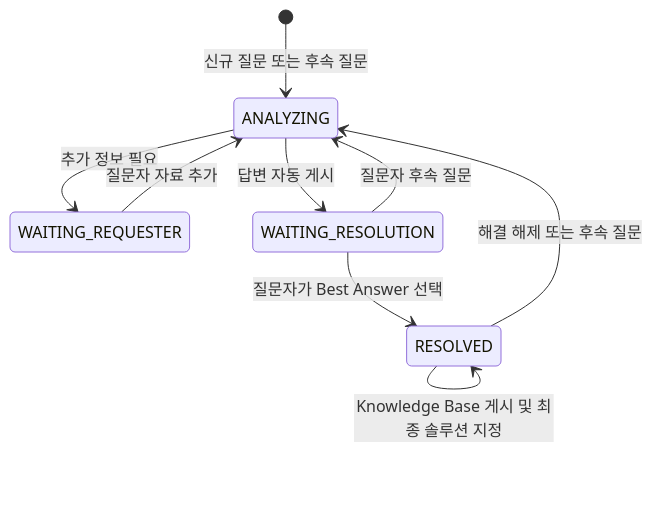
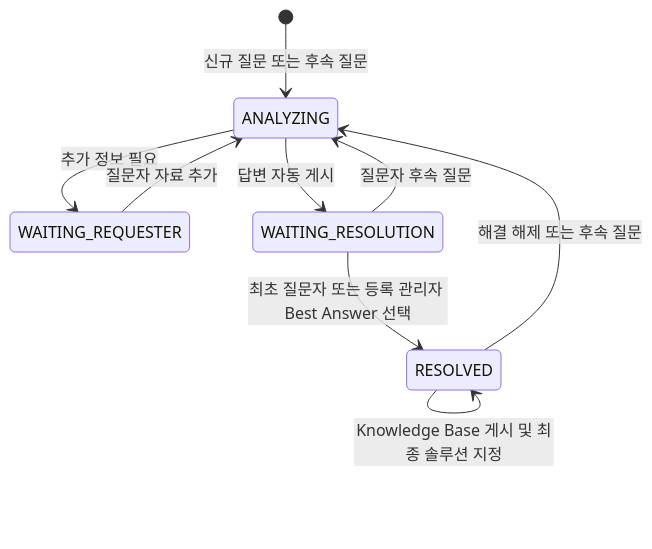
Before and after one commit to ablecloud-team/ablestack-techflow: the diagram in docs/adr/0010-community-auto-publish-knowledge-base.md, drawn with Mermaid. The commit also changed other lines of this file and 22 other files, not shown here.

Commit message:
feat: 질문자 또는 관리자 KB 승인 지원

````diff
--- a/docs/adr/0010-community-auto-publish-knowledge-base.md
+++ b/docs/adr/0010-community-auto-publish-knowledge-base.md
@@ -42,11 +44,11 @@
 ```mermaid
 stateDiagram-v2
     [*] --> ANALYZING: 신규 질문 또는 후속 질문
     ANALYZING --> WAITING_REQUESTER: 추가 정보 필요
     ANALYZING --> WAITING_RESOLUTION: 답변 자동 게시
     WAITING_REQUESTER --> ANALYZING: 질문자 자료 추가
     WAITING_RESOLUTION --> ANALYZING: 질문자 후속 질문
-    WAITING_RESOLUTION --> RESOLVED: 질문자가 Best Answer 선택
+    WAITING_RESOLUTION --> RESOLVED: 최초 질문자 또는 등록 관리자 Best Answer 선택
     RESOLVED --> RESOLVED: Knowledge Base 게시 및 최종 솔루션 지정
     RESOLVED --> ANALYZING: 해결 해제 또는 후속 질문
 ```
````
